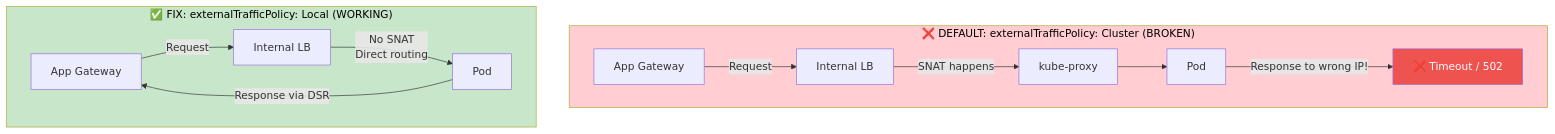
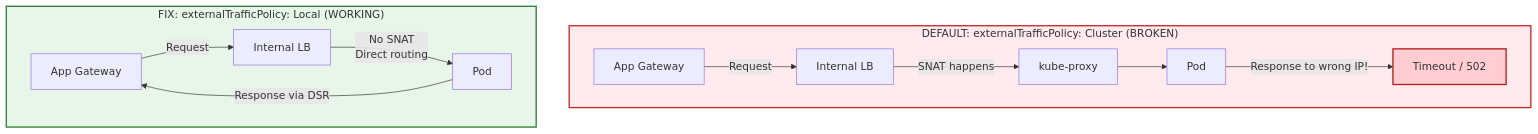
The eighth of 8 diagrams in README.md (shanaka-versent/shanaka-aks-poc), drawn with Mermaid before and after one commit. The commit also changed other lines of this file, not shown here.

Commit message:
Improve the ReadMe file with Marmaid architecture diagrams

````diff
--- a/README.md
+++ b/README.md
@@ -506,21 +542,25 @@
 ```mermaid
 flowchart TB
-    subgraph Broken["❌ DEFAULT: externalTrafficPolicy: Cluster (BROKEN)"]
+    subgraph Broken["DEFAULT: externalTrafficPolicy: Cluster (BROKEN)"]
         direction LR
         AGW1["App Gateway"] -->|"Request"| ILB1["Internal LB"]
         ILB1 -->|"SNAT happens"| KP1["kube-proxy"]
         KP1 --> Pod1["Pod"]
-        Pod1 -->|"Response to wrong IP!"| X1["❌ Timeout / 502"]
+        Pod1 -->|"Response to wrong IP!"| X1["Timeout / 502"]
     end
 
-    subgraph Working["✅ FIX: externalTrafficPolicy: Local (WORKING)"]
+    subgraph Working["FIX: externalTrafficPolicy: Local (WORKING)"]
         direction LR
         AGW2["App Gateway"] -->|"Request"| ILB2["Internal LB"]
         ILB2 -->|"No SNAT<br/>Direct routing"| Pod2["Pod"]
         Pod2 -->|"Response via DSR"| AGW2
     end
 
-    style Broken fill:#FFCDD2,color:#000
-    style Working fill:#C8E6C9,color:#000
-    style X1 fill:#EF5350,color:#fff
+    classDef broken fill:#ffebee,stroke:#c62828,stroke-width:2px,color:#333
+    classDef working fill:#e8f5e9,stroke:#2e7d32,stroke-width:2px,color:#333
+    classDef error fill:#ffcdd2,stroke:#b71c1c,stroke-width:2px,color:#333
+
+    class Broken broken
+    class Working working
+    class X1 error
 ```
````
